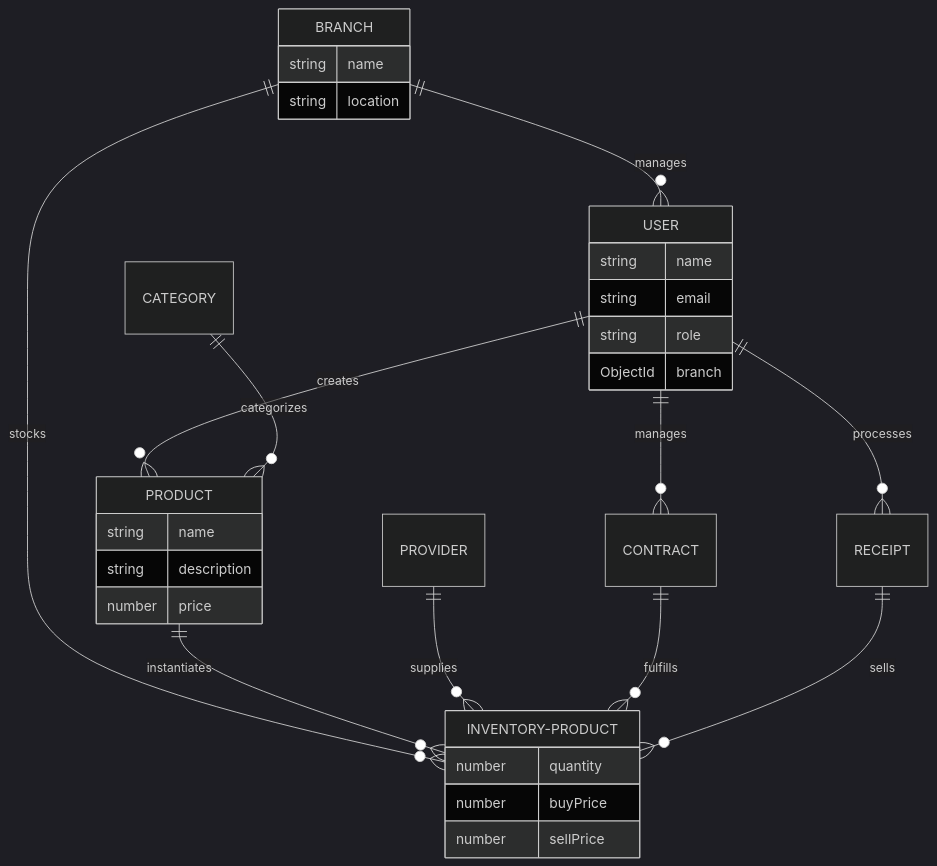
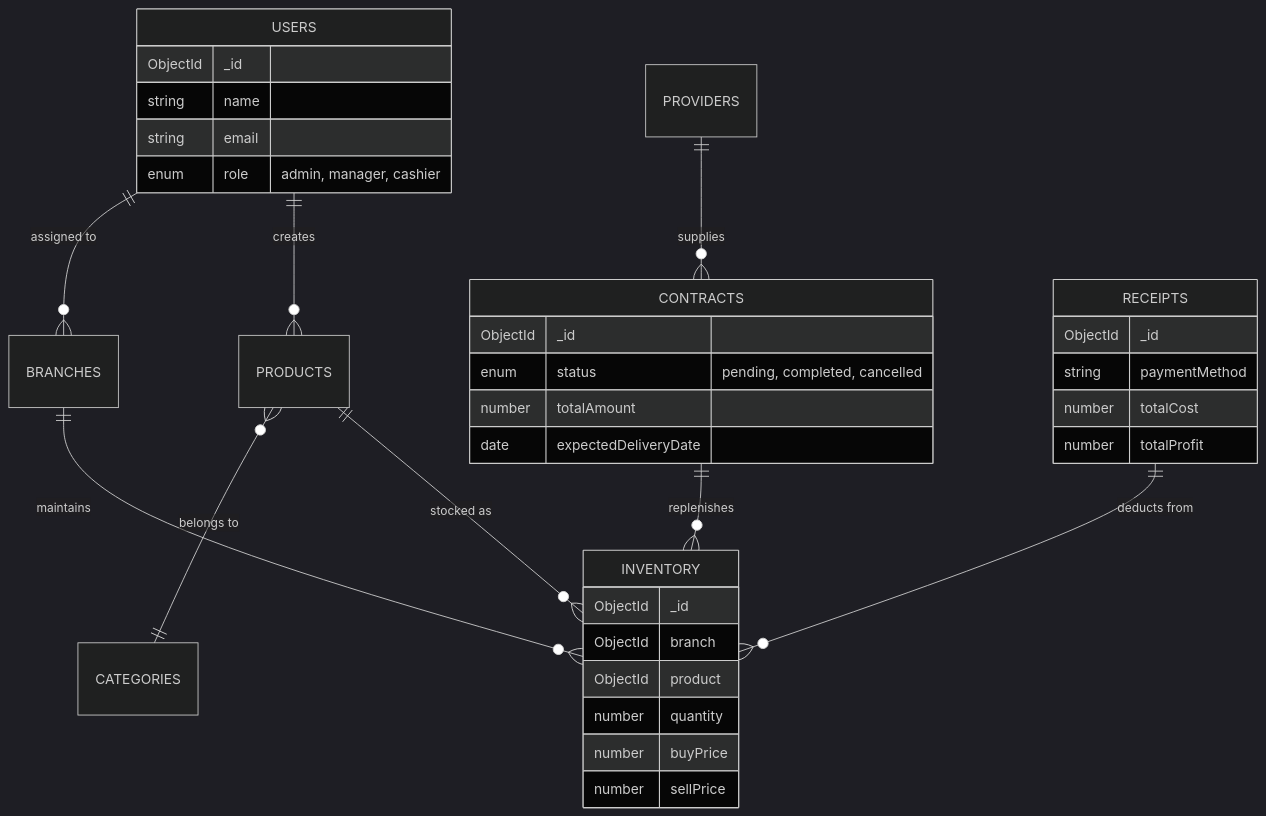
One commit to MOSTAFA-MANSOUR72/Inventory-ERP-System changed the second of 2 diagrams in README.md. Above: the diagram before and after it, drawn with Mermaid (dark theme). The commit also changed other lines of this file and 6 other files, not shown here.

````diff
--- a/README.md
+++ b/README.md
@@ -51,34 +78,41 @@
 ```mermaid
 erDiagram
-    BRANCH ||--o{ USER : manages
-    BRANCH ||--o{ INVENTORY-PRODUCT : stocks
-    USER ||--o{ PRODUCT : creates
-    USER ||--o{ CONTRACT : manages
-    USER ||--o{ RECEIPT : processes
-    CATEGORY ||--o{ PRODUCT : categorizes
-    PRODUCT ||--o{ INVENTORY-PRODUCT : instantiates
-    PROVIDER ||--o{ INVENTORY-PRODUCT : supplies
-    CONTRACT ||--o{ INVENTORY-PRODUCT : fulfills
-    RECEIPT ||--o{ INVENTORY-PRODUCT : sells
+    USERS ||--o{ BRANCHES : "assigned to"
+    USERS ||--o{ PRODUCTS : "creates"
+    BRANCHES ||--o{ INVENTORY : "maintains"
+    PRODUCTS }o--|| CATEGORIES : "belongs to"
+    PRODUCTS ||--o{ INVENTORY : "stocked as"
+    PROVIDERS ||--o{ CONTRACTS : "supplies"
+    CONTRACTS ||--o{ INVENTORY : "replenishes"
+    RECEIPTS ||--o{ INVENTORY : "deducts from"
 
-    USER {
+    USERS {
+        ObjectId _id
         string name
         string email
-        string role
+        enum role "admin, manager, cashier"
+    }
+
+    INVENTORY {
+        ObjectId _id
         ObjectId branch
-    }
-    BRANCH {
-        string name
-        string location
-    }
-    PRODUCT {
-        string name
-        string description
-        number price
-    }
-    INVENTORY-PRODUCT {
+        ObjectId product
         number quantity
         number buyPrice
         number sellPrice
     }
+
+    CONTRACTS {
+        ObjectId _id
+        enum status "pending, completed, cancelled"
+        number totalAmount
+        date expectedDeliveryDate
+    }
+
+    RECEIPTS {
+        ObjectId _id
+        string paymentMethod
+        number totalCost
+        number totalProfit
+    }
 ```
````
